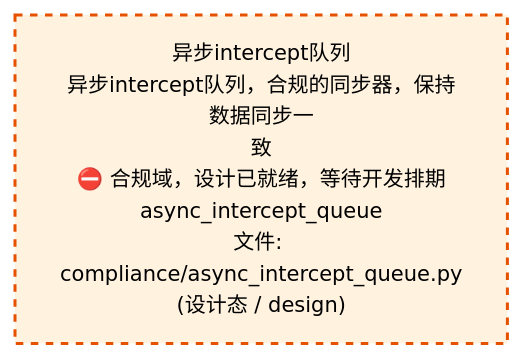
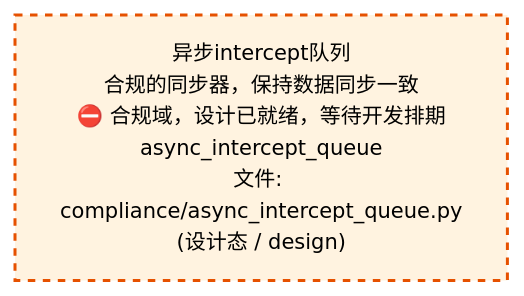
Before and after one commit to xuanFelixVan/ZephyrAlpha: the third of 4 diagrams in docs/02_enterprise_architecture/02_domain_architecture_docs/38_d_compliance.md, drawn with Mermaid. The commit also changed other lines of this file and 60 other files, not shown here.

````diff
--- a/docs/02_enterprise_architecture/02_domain_architecture_docs/38_d_compliance.md
+++ b/docs/02_enterprise_architecture/02_domain_architecture_docs/38_d_compliance.md
@@ -108,10 +108,10 @@
 ```mermaid
 %%{init: {'theme': 'base', 'themeVariables': {'primaryColor': '#eaeaea', 'primaryTextColor': '#333333', 'primaryBorderColor': '#666666', 'lineColor': '#666666', 'secondaryColor': '#eaeaea', 'tertiaryColor': '#eaeaea', 'fontSize': '14px'}}}%%
 flowchart TD
-    src_zephyr_compliance_async_intercept_queue_py["异步intercept队列<br/>异步intercept队列，合规的同步器，保持数据同步一<br/>致<br/>⛔ 合规域，设计已就绪，等待开发排期<br/>async_intercept_queue<br/>文件: compliance/async_intercept_queue.py<br/>(设计态 / design)"]
+    src_zephyr_compliance_async_intercept_queue_py["异步intercept队列<br/>合规的同步器，保持数据同步一致<br/>⛔ 合规域，设计已就绪，等待开发排期<br/>async_intercept_queue<br/>文件: compliance/async_intercept_queue.py<br/>(设计态 / design)"]
     classDef production fill:#e1f5fe,stroke:#01579b,stroke-width:2px,color:#000
     classDef design fill:#fff3e0,stroke:#e65100,stroke-width:2px,color:#000,stroke-dasharray: 5 5
     classDef external_prod fill:#e8f4fd,stroke:#0277bd,stroke-width:1px,color:#000
     classDef external_design fill:#fff8e7,stroke:#ef6c00,stroke-width:1px,color:#000,stroke-dasharray: 5 5
     class src_zephyr_compliance_async_intercept_queue_py design
 ```
````
